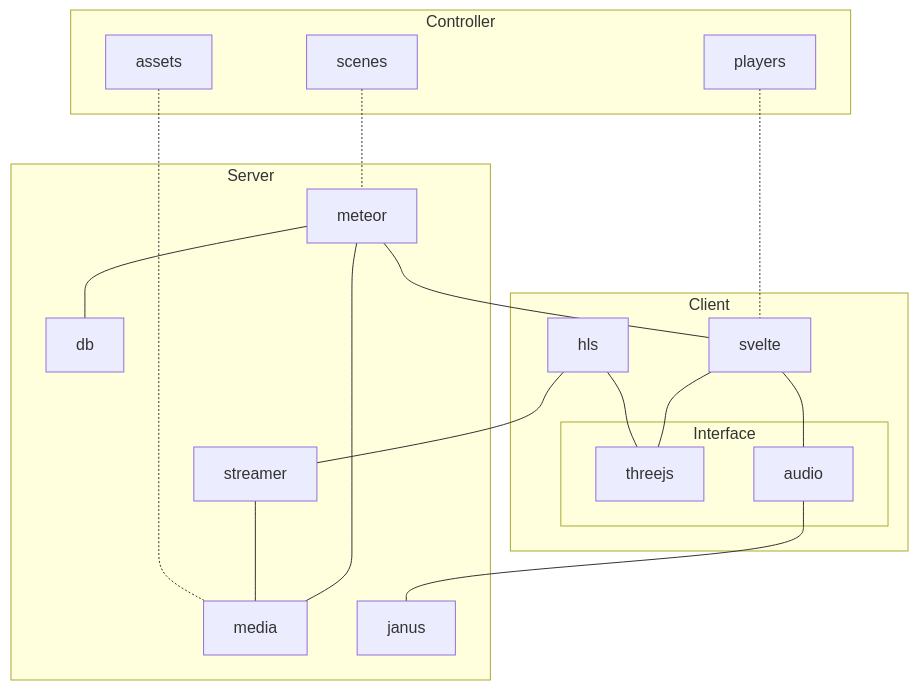
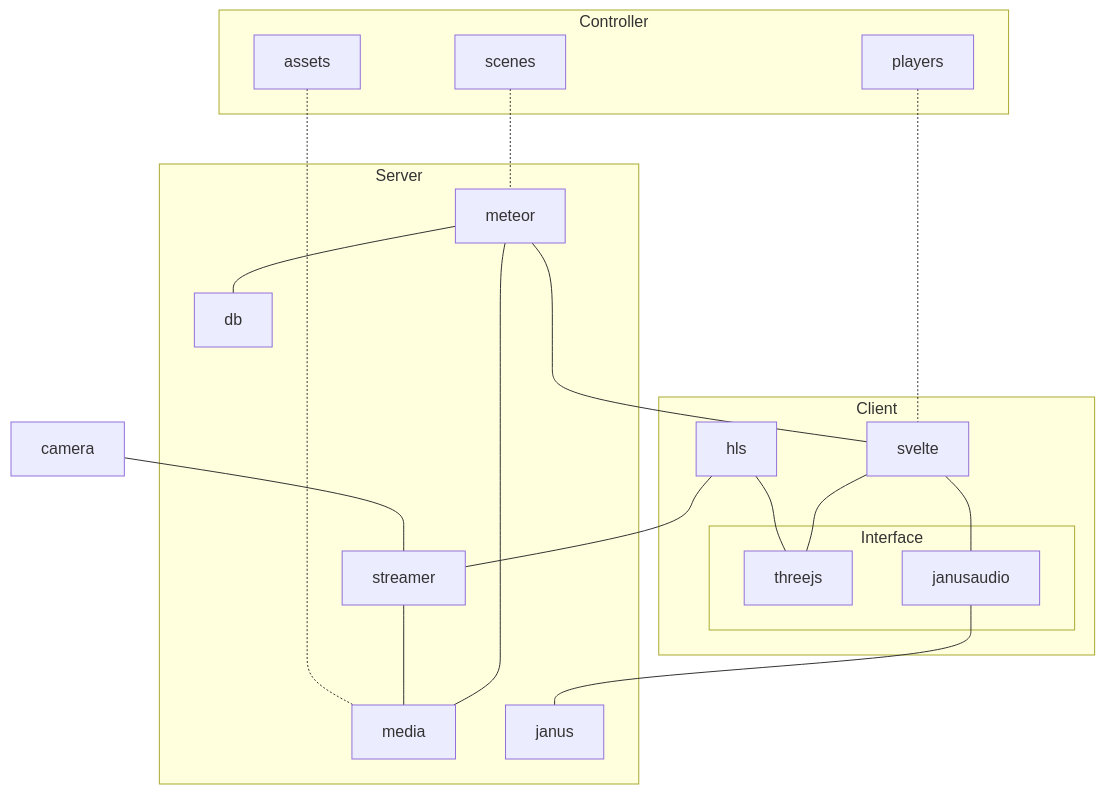
One commit to retani/360vr changed the diagram in README.md. Above: the diagram before and after it, drawn with Mermaid.

````diff
--- a/README.md
+++ b/README.md
@@ -3,45 +3,47 @@
 ```mermaid
 
 graph TD
 
     subgraph Server
       meteor
       db
       media
       janus
       streamer
     end
 
     subgraph Client
       svelte
       hls
       subgraph Interface
         threejs
-        audio
+        janusaudio
       end
     end
 
     subgraph Controller
       scenes
       assets
       players
     end
 
     meteor --- db
     meteor --- media
     
-    meteor --- svelte
-    audio --- janus
+    meteor ---- svelte
+    janusaudio --- janus
     hls --- streamer
     streamer --- media
 
     svelte --- threejs
     hls --- threejs
 
-    svelte --- audio
+    svelte --- janusaudio
 
     assets -.- media
     scenes -.- meteor
     players -.- svelte
     
+    camera --- streamer
+    
 ```
````
